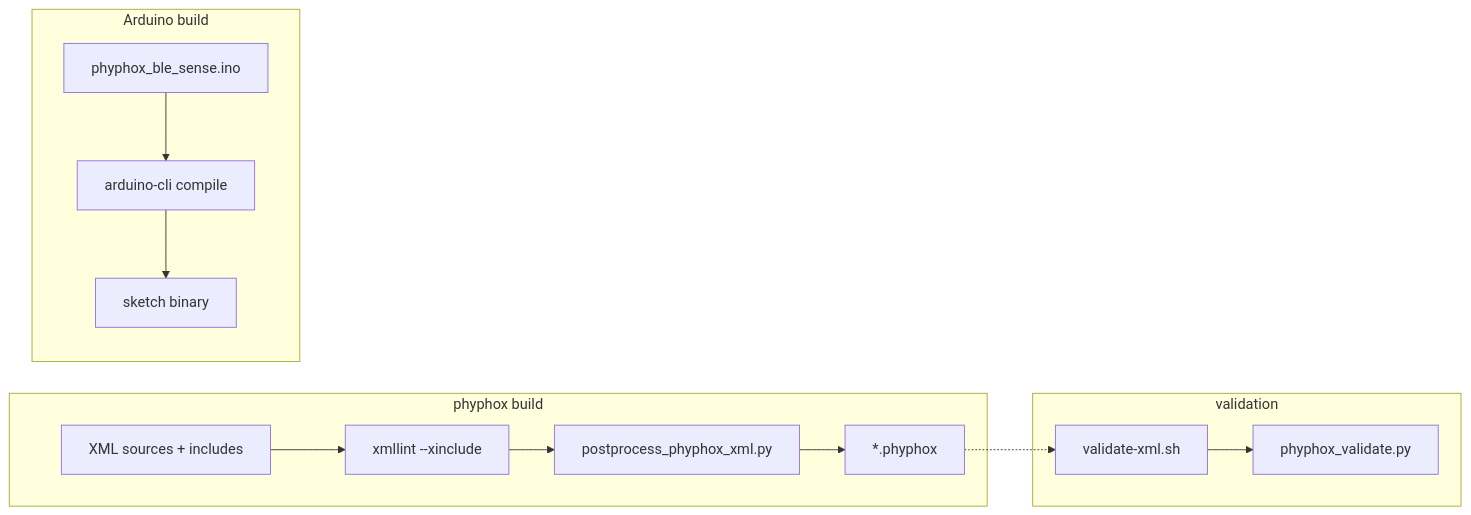
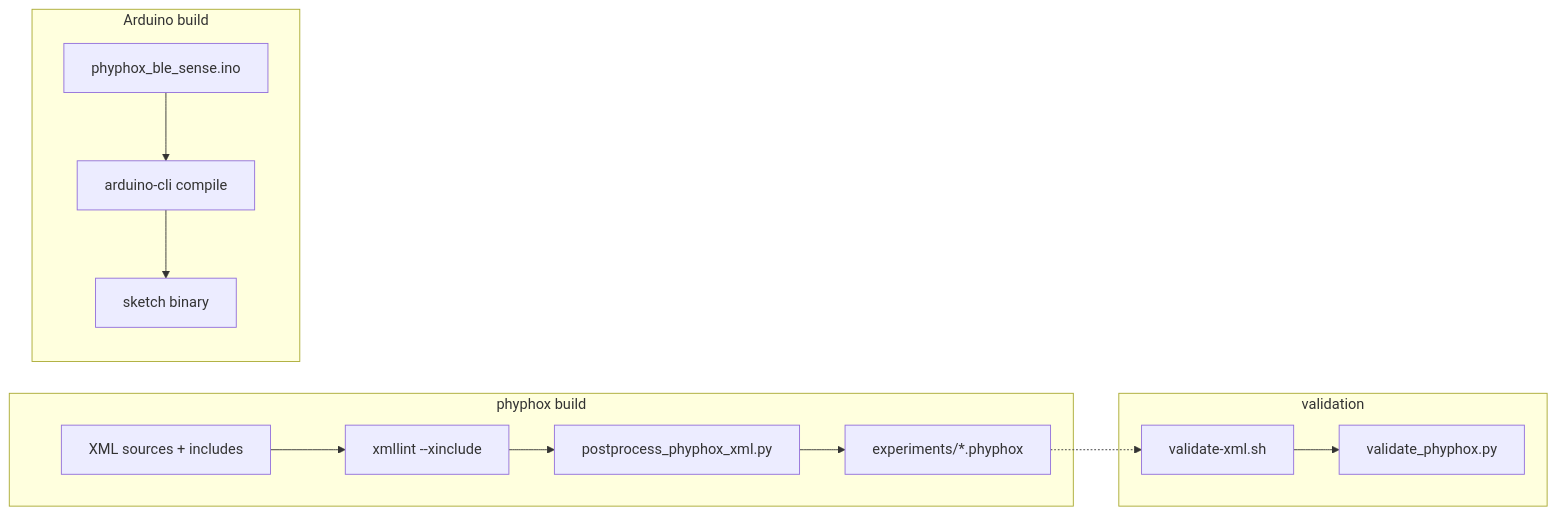
One commit to sebastianspicker/phyphox-arduino-classroom-kit changed the first of 3 diagrams in README.md. Above: the diagram before and after it, drawn with Mermaid. The commit also changed other lines of this file and 17 other files, not shown here.

````diff
--- a/README.md
+++ b/README.md
@@ -23,22 +37,22 @@
 ```mermaid
 flowchart LR
   subgraph phyphoxBuild [phyphox build]
     xmlSources[XML sources + includes]
     xmllint[xmllint --xinclude]
     postprocess[postprocess_phyphox_xml.py]
-    phyphoxFiles["*.phyphox"]
+    phyphoxFiles["experiments/*.phyphox"]
     xmlSources --> xmllint --> postprocess --> phyphoxFiles
   end
   subgraph arduinoBuild [Arduino build]
     sketch[phyphox_ble_sense.ino]
     arduinoCli[arduino-cli compile]
     binary[sketch binary]
     sketch --> arduinoCli --> binary
   end
   subgraph validation [validation]
     validate[validate-xml.sh]
-    phyphoxValidate[phyphox_validate.py]
+    phyphoxValidate[validate_phyphox.py]
     phyphoxFiles -.-> validate
     validate --> phyphoxValidate
   end
 ```
````
